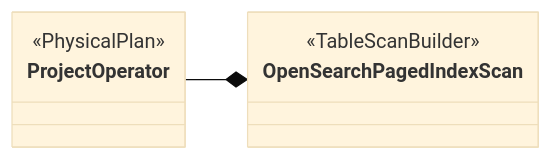
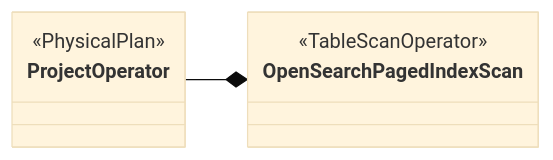
Diagram 11 of 11 in docs/dev/Pagination-v2.md (opensearch-project/sql), drawn with Mermaid (base theme) before and after one commit. The commit also changed other lines of this file, not shown here.

````diff
--- a/docs/dev/Pagination-v2.md
+++ b/docs/dev/Pagination-v2.md
@@ -360,12 +394,12 @@
 ```mermaid
 classDiagram
   direction LR
   class ProjectOperator {
     <<PhysicalPlan>>
   }
   class OpenSearchPagedIndexScan {
-    <<TableScanBuilder>>
+    <<TableScanOperator>>
   }
 
   ProjectOperator --* OpenSearchPagedIndexScan
 ```
````
